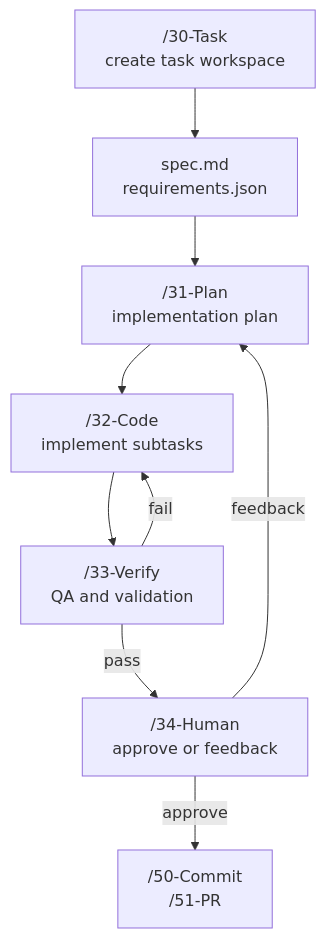
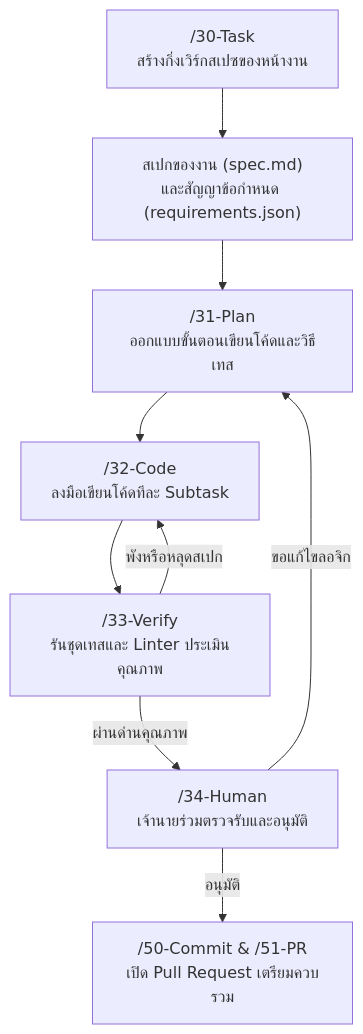
The third of 6 diagrams in README.md (Jakkrich/nexus-devflow), drawn with Mermaid before and after one commit. The commit also changed other lines of this file and 12 other files, not shown here.

Commit message:
docs: add project architectural diagrams and update gitignore to track design assets

````diff
--- a/README.md
+++ b/README.md
@@ -84,19 +230,19 @@
 ```mermaid
 flowchart TD
-    Task["/30-Task<br/>create task workspace"]
-    Spec["spec.md<br/>requirements.json"]
-    Plan["/31-Plan<br/>implementation plan"]
-    Code["/32-Code<br/>implement subtasks"]
-    Verify["/33-Verify<br/>QA and validation"]
-    Human["/34-Human<br/>approve or feedback"]
-    Ship["/50-Commit<br/>/51-PR"]
-
+    Task["/30-Task<br/>สร้างกิ่งเวิร์กสเปซของหน้างาน"]
+    Spec["สเปกของงาน (spec.md)<br/>และสัญญาข้อกำหนด (requirements.json)"]
+    Plan["/31-Plan<br/>ออกแบบขั้นตอนเขียนโค้ดและวิธีเทส"]
+    Code["/32-Code<br/>ลงมือเขียนโค้ดทีละ Subtask"]
+    Verify["/33-Verify<br/>รันชุดเทสและ Linter ประเมินคุณภาพ"]
+    Human["/34-Human<br/>เจ้านายร่วมตรวจรับและอนุมัติ"]
+    Ship["/50-Commit & /51-PR<br/>เปิด Pull Request เตรียมควบรวม"]
+ 
     Task --> Spec
     Spec --> Plan
     Plan --> Code
     Code --> Verify
-    Verify -->|pass| Human
-    Verify -->|fail| Code
-    Human -->|approve| Ship
-    Human -->|feedback| Plan
+    Verify -->|ผ่านด่านคุณภาพ| Human
+    Verify -->|พังหรือหลุดสเปก| Code
+    Human -->|อนุมัติ| Ship
+    Human -->|ขอแก้ไขลอจิก| Plan
 ```
````
